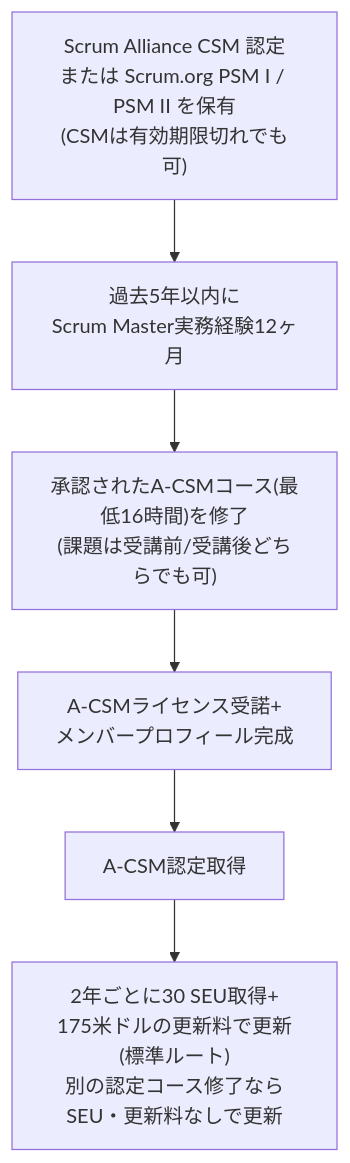
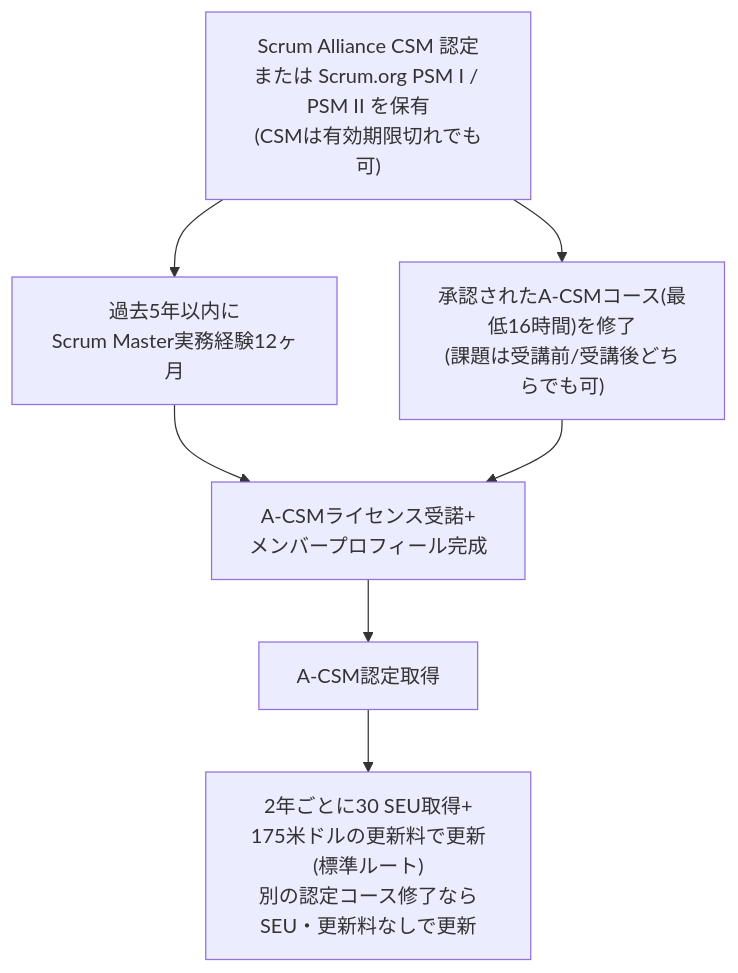
One commit to myoshi2891/Management-Team-Building-Studies changed the second of 23 diagrams in A-csm-advanced-certified-scrummaster-study-guide.md. Above: the diagram before and after it, drawn with Mermaid. The commit also changed other lines of this file, not shown here.

Commit message:
docs(a-csm): A-CSM認定要件の順序関係およびフロー図を精緻化

````diff
--- a/A-csm-advanced-certified-scrummaster-study-guide.md
+++ b/A-csm-advanced-certified-scrummaster-study-guide.md
@@ -85,8 +85,9 @@
 ```mermaid
 flowchart TD
     R1["Scrum Alliance CSM 認定<br/>または Scrum.org PSM I / PSM II を保有<br/>(CSMは有効期限切れでも可)"] --> R2["過去5年以内に<br/>Scrum Master実務経験12ヶ月"]
-    R2 --> R3["承認されたA-CSMコース(最低16時間)を修了<br/>(課題は受講前/受講後どちらでも可)"]
-    R3 --> R4["A-CSMライセンス受諾+<br/>メンバープロフィール完成"]
+    R1 --> R3["承認されたA-CSMコース(最低16時間)を修了<br/>(課題は受講前/受講後どちらでも可)"]
+    R2 --> R4["A-CSMライセンス受諾+<br/>メンバープロフィール完成"]
+    R3 --> R4
     R4 --> R5["A-CSM認定取得"]
     R5 --> R6["2年ごとに30 SEU取得+<br/>175米ドルの更新料で更新(標準ルート)<br/>別の認定コース修了なら<br/>SEU・更新料なしで更新"]
 ```
````
